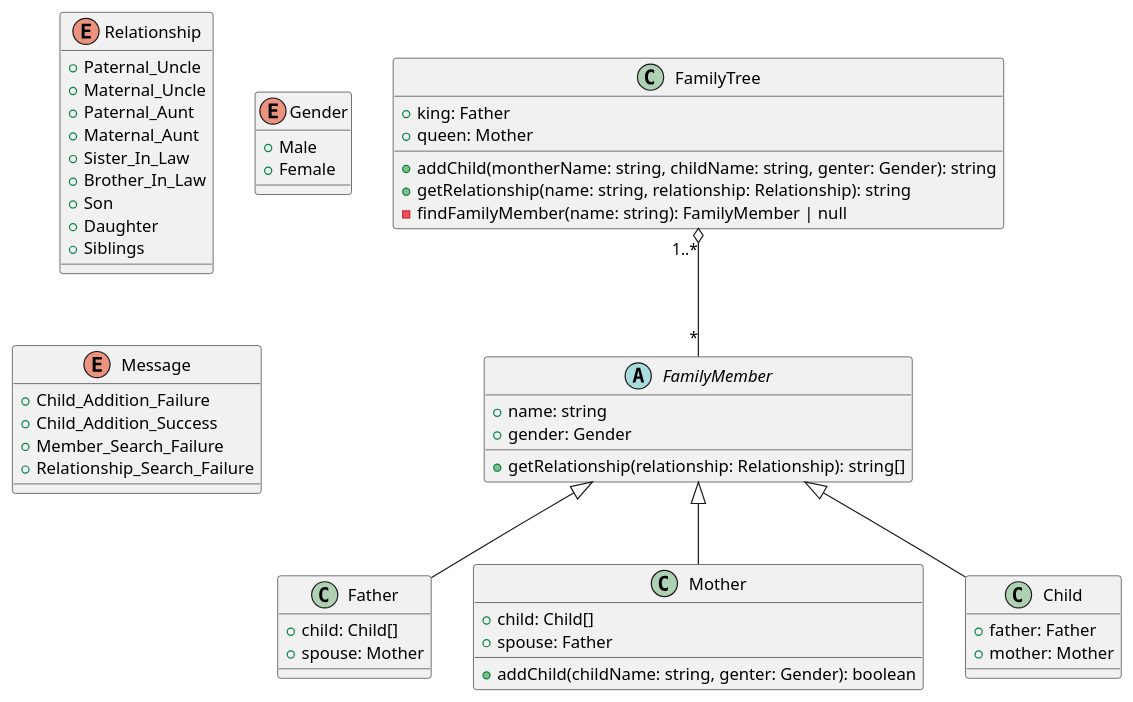
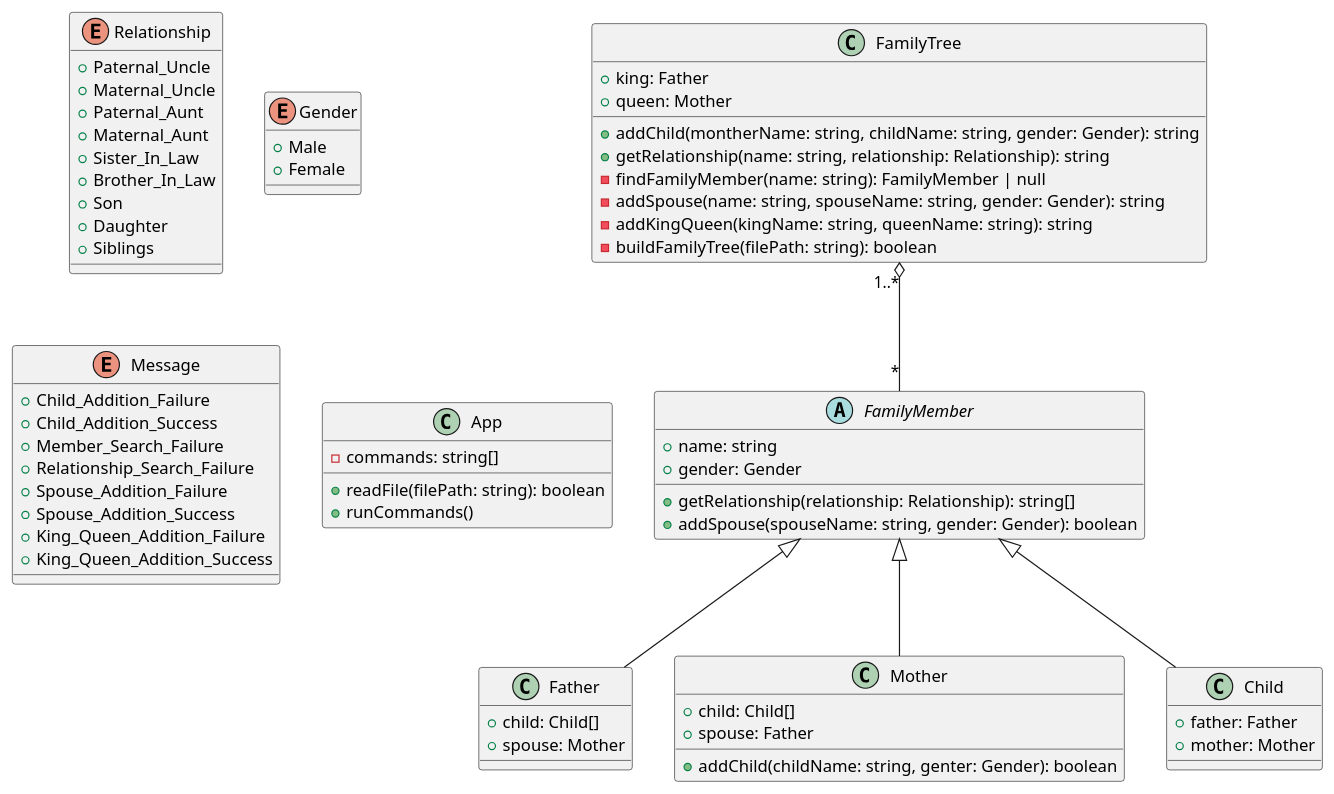
The diagram in uml/class-diagram.puml (evaou/family-tree), drawn with PlantUML before and after one commit.

Commit message:
update class diagram

```diff
--- a/uml/class-diagram.puml
+++ b/uml/class-diagram.puml
@@ -1,63 +1,77 @@
 @startuml class diagram 
 
 enum Relationship {
    +Paternal_Uncle 
    +Maternal_Uncle
    +Paternal_Aunt
    +Maternal_Aunt
    +Sister_In_Law
    +Brother_In_Law
    +Son
    +Daughter
    +Siblings
 }
 
 enum Gender {
     +Male
     +Female
 }
 
 enum Message {
     +Child_Addition_Failure
     +Child_Addition_Success
     +Member_Search_Failure
     +Relationship_Search_Failure
+    +Spouse_Addition_Failure
+    +Spouse_Addition_Success
+    +King_Queen_Addition_Failure
+    +King_Queen_Addition_Success
+}
+
+class App {
+    -commands: string[]
+    +readFile(filePath: string): boolean
+    +runCommands()
 }
 
 class FamilyTree {
     +king: Father
     +queen: Mother
-    +addChild(montherName: string, childName: string, genter: Gender): string 
+    +addChild(montherName: string, childName: string, gender: Gender): string
     +getRelationship(name: string, relationship: Relationship): string
     -findFamilyMember(name: string): FamilyMember | null 
+    -addSpouse(name: string, spouseName: string, gender: Gender): string
+    -addKingQueen(kingName: string, queenName: string): string
+    -buildFamilyTree(filePath: string): boolean
 }
 
 abstract FamilyMember {
     +name: string
     +gender: Gender
     +getRelationship(relationship: Relationship): string[]
+    +addSpouse(spouseName: string, gender: Gender): boolean
 }
 
 class Father {
     +child: Child[]
     +spouse: Mother
 }
 
 class Mother {
     +child: Child[]
     +spouse: Father 
     +addChild(childName: string, genter: Gender): boolean
 }
 
 class Child {
     +father: Father
     +mother: Mother
 }
 
 FamilyTree "1..*" o-- "*" FamilyMember
 
 FamilyMember <|-- Father
 FamilyMember <|--  Mother
 FamilyMember <|--  Child 
 
 @enduml
```
